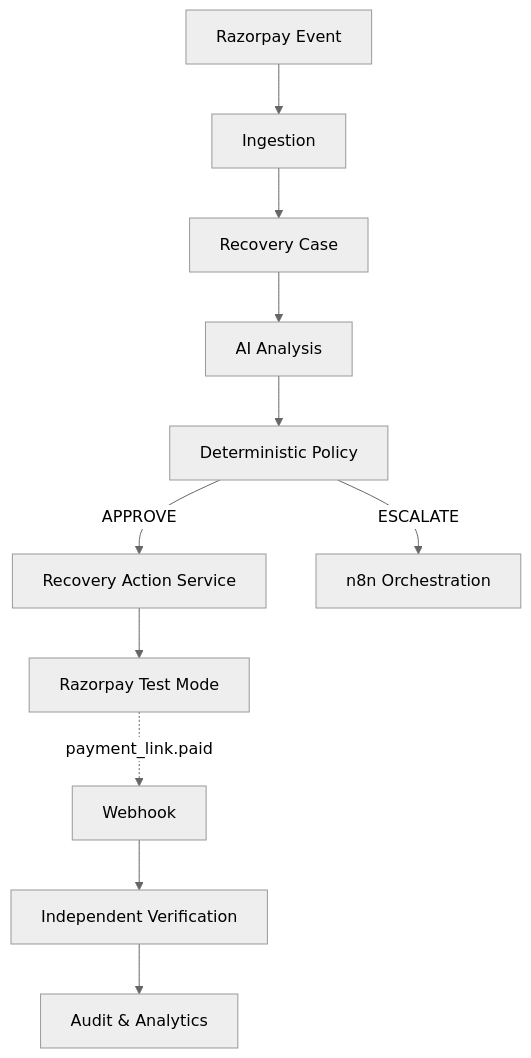
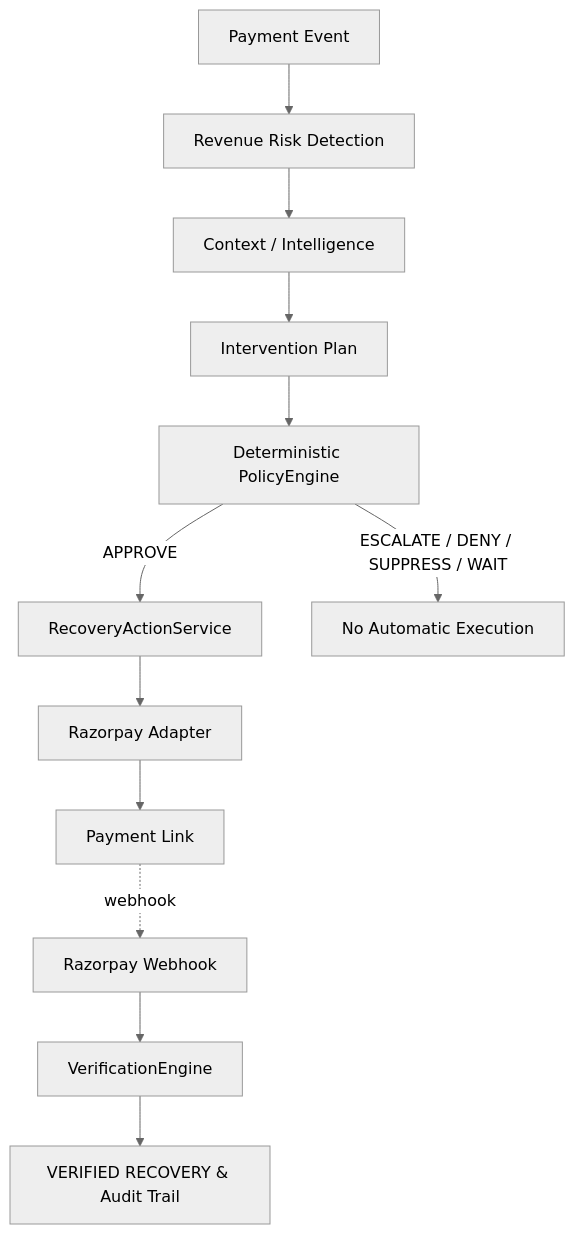
Before and after one commit to manas0615/RecoverAI: the diagram in README.md, drawn with Mermaid (neutral theme). The commit also changed other lines of this file and 21 other files, not shown here.

````diff
--- a/README.md
+++ b/README.md
@@ -59,13 +28,16 @@
 ```mermaid
 graph TD
-    Event[Razorpay Event] --> Ingest[Ingestion]
-    Ingest --> Case[Recovery Case]
-    Case --> AI[AI Analysis]
-    AI --> Policy[Deterministic Policy]
-    Policy -->|APPROVE| Exec[Recovery Action Service]
-    Exec --> RZ[Razorpay Test Mode]
-    RZ -.->|payment_link.paid| WH[Webhook]
-    WH --> Verify[Independent Verification]
-    Verify --> Audit[Audit & Analytics]
-    Policy -->|ESCALATE| n8n[n8n Orchestration]
+    Event[Payment Event] --> Detect[Revenue Risk Detection]
+    Detect --> Context[Context / Intelligence]
+    Context --> Plan[Intervention Plan]
+    Plan --> PolicyEngine[Deterministic PolicyEngine]
+    
+    PolicyEngine -->|APPROVE| Exec[RecoveryActionService]
+    PolicyEngine -->|ESCALATE / DENY / SUPPRESS / WAIT| Halt[No Automatic Execution]
+    
+    Exec --> RZ[Razorpay Adapter]
+    RZ --> PL[Payment Link]
+    PL -.->|webhook| WH[Razorpay Webhook]
+    WH --> Verify[VerificationEngine]
+    Verify --> Audit[VERIFIED RECOVERY & Audit Trail]
 ```
````
